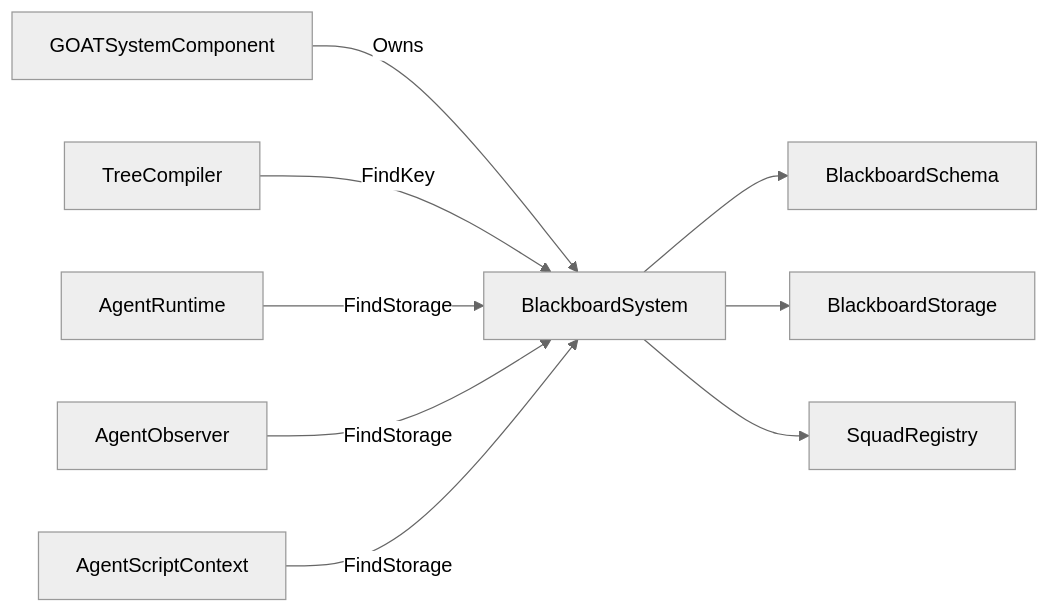
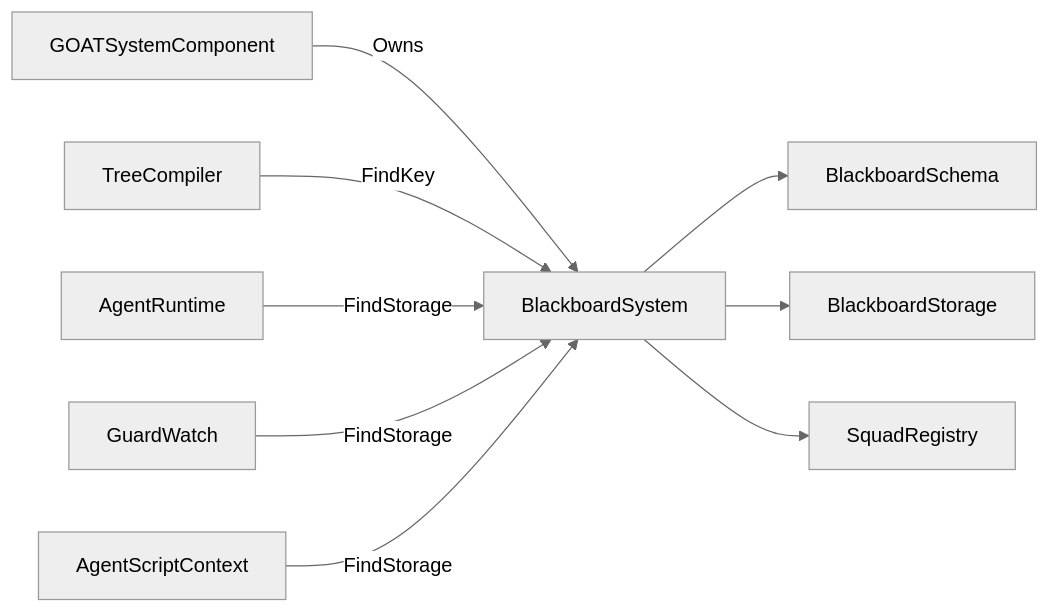
The diagram in Docs/02 - C++ Components/BlackboardSystem.md (jabbadablack/G.O.A.T), drawn with Mermaid (neutral theme) before and after one commit. The commit also changed other lines of this file and 44 other files, not shown here.

````diff
--- a/Docs/02 - C++ Components/BlackboardSystem.md
+++ b/Docs/02 - C++ Components/BlackboardSystem.md
@@ -76,11 +76,11 @@
 ```mermaid
 graph LR
     A[GOATSystemComponent] -->|Owns| B[BlackboardSystem]
     B --> C[BlackboardSchema]
     B --> D[BlackboardStorage]
     B --> E[SquadRegistry]
     F[TreeCompiler] -->|FindKey| B
     G[AgentRuntime] -->|FindStorage| B
-    H[AgentObserver] -->|FindStorage| B
+    H[GuardWatch] -->|FindStorage| B
     I[AgentScriptContext] -->|FindStorage| B
 ```
````
